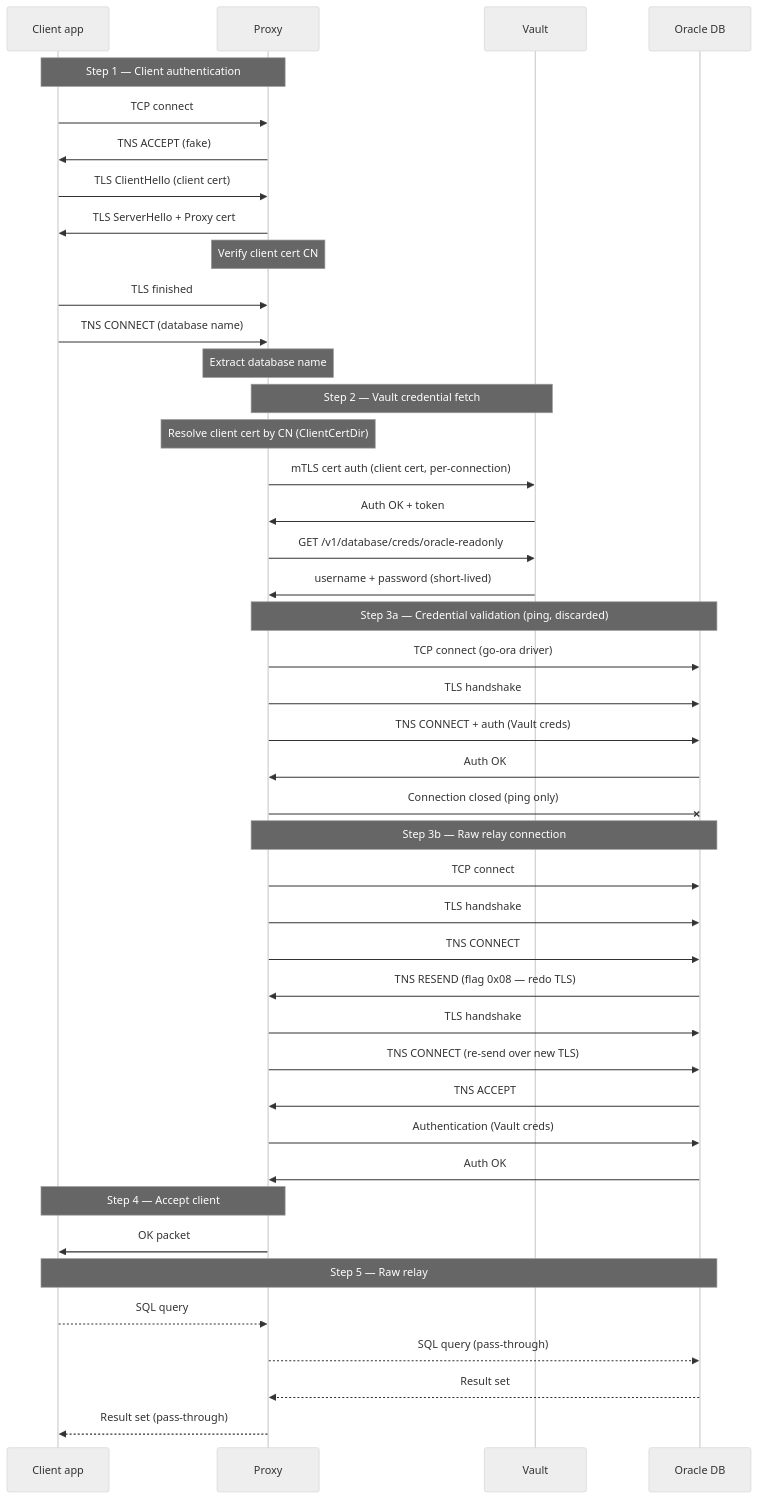
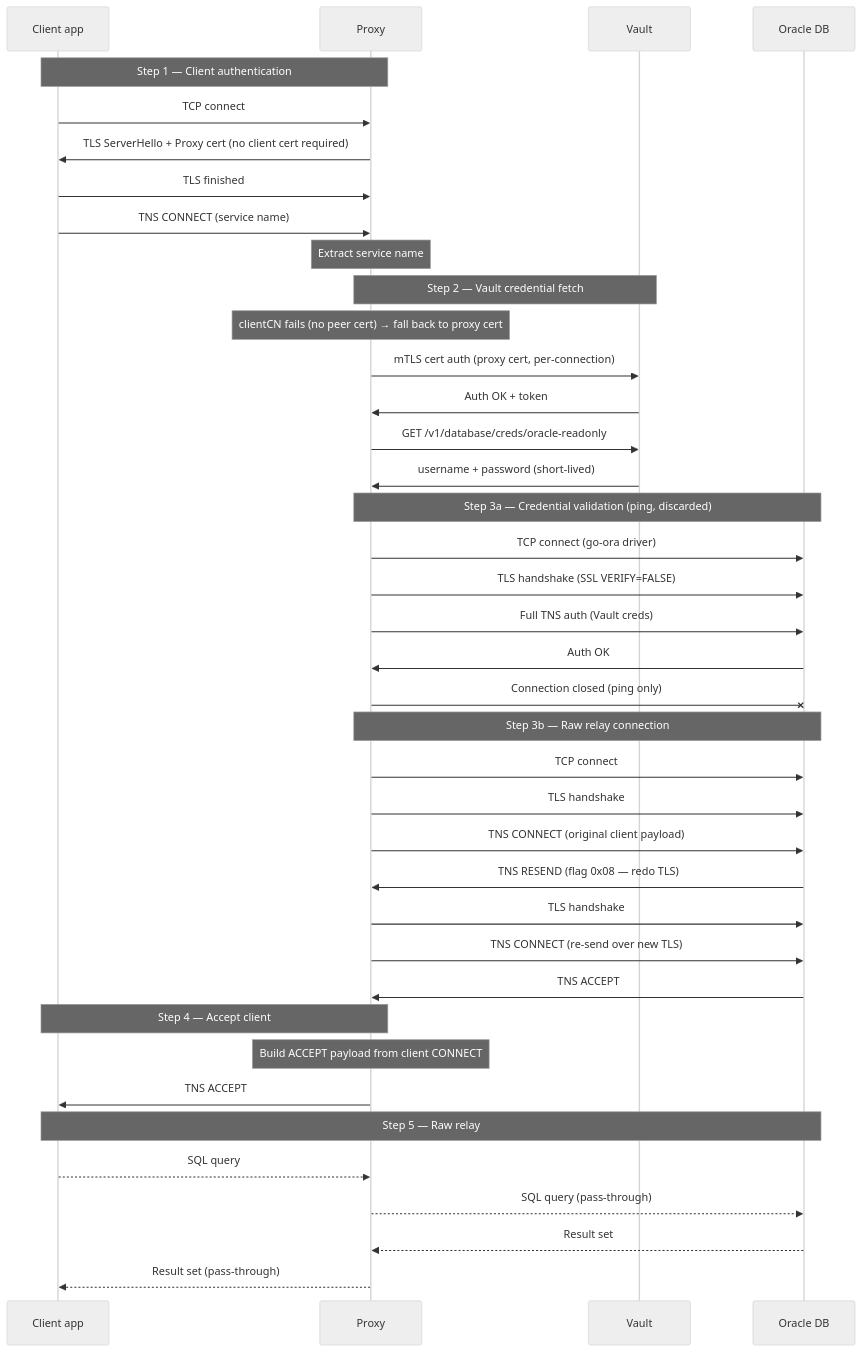
The second of 2 diagrams in docs/oracle-proxy-overview.md (matmazurk/database-proxy), drawn with Mermaid (neutral theme) before and after one commit. The commit also changed other lines of this file and 1 other file, not shown here.

Commit message:
update diagrams

````diff
--- a/docs/oracle-proxy-overview.md
+++ b/docs/oracle-proxy-overview.md
@@ -40,51 +40,47 @@
 ```mermaid
 sequenceDiagram
     participant C as Client app
     participant P as Proxy
     participant V as Vault
     participant O as Oracle DB
 
     Note over C,P: Step 1 — Client authentication
     C->>P: TCP connect
-    P->>C: TNS ACCEPT (fake)
-    C->>P: TLS ClientHello (client cert)
-    P->>C: TLS ServerHello + Proxy cert
-    Note over P: Verify client cert CN
+    P->>C: TLS ServerHello + Proxy cert (no client cert required)
     C->>P: TLS finished
-    C->>P: TNS CONNECT (database name)
-    Note over P: Extract database name
+    C->>P: TNS CONNECT (service name)
+    Note over P: Extract service name
 
     Note over P,V: Step 2 — Vault credential fetch
-    Note over P: Resolve client cert by CN (ClientCertDir)
-    P->>V: mTLS cert auth (client cert, per-connection)
+    Note over P: clientCN fails (no peer cert) → fall back to proxy cert
+    P->>V: mTLS cert auth (proxy cert, per-connection)
     V->>P: Auth OK + token
     P->>V: GET /v1/database/creds/oracle-readonly
     V->>P: username + password (short-lived)
 
     Note over P,O: Step 3a — Credential validation (ping, discarded)
     P->>O: TCP connect (go-ora driver)
-    P->>O: TLS handshake
-    P->>O: TNS CONNECT + auth (Vault creds)
+    P->>O: TLS handshake (SSL VERIFY=FALSE)
+    P->>O: Full TNS auth (Vault creds)
     O->>P: Auth OK
     P-xO: Connection closed (ping only)
 
     Note over P,O: Step 3b — Raw relay connection
     P->>O: TCP connect
-    P->>O: TLS handshake #1
-    P->>O: TNS CONNECT
+    P->>O: TLS handshake #1 (tls.Dial)
+    P->>O: TNS CONNECT (original client payload)
     O->>P: TNS RESEND (flag 0x08 — redo TLS)
-    P->>O: TLS handshake #2 (same TCP socket)
+    P->>O: TLS handshake #2 (same TCP socket, NetConn())
     P->>O: TNS CONNECT (re-send over new TLS)
     O->>P: TNS ACCEPT
-    P->>O: Authentication (Vault creds)
-    O->>P: Auth OK
 
     Note over C,P: Step 4 — Accept client
-    P->>C: OK packet
+    Note over P: Build ACCEPT payload from client CONNECT
+    P->>C: TNS ACCEPT
 
     Note over C,O: Step 5 — Raw relay
     C-->>P: SQL query
     P-->>O: SQL query (pass-through)
     O-->>P: Result set
     P-->>C: Result set (pass-through)
 ```
````
